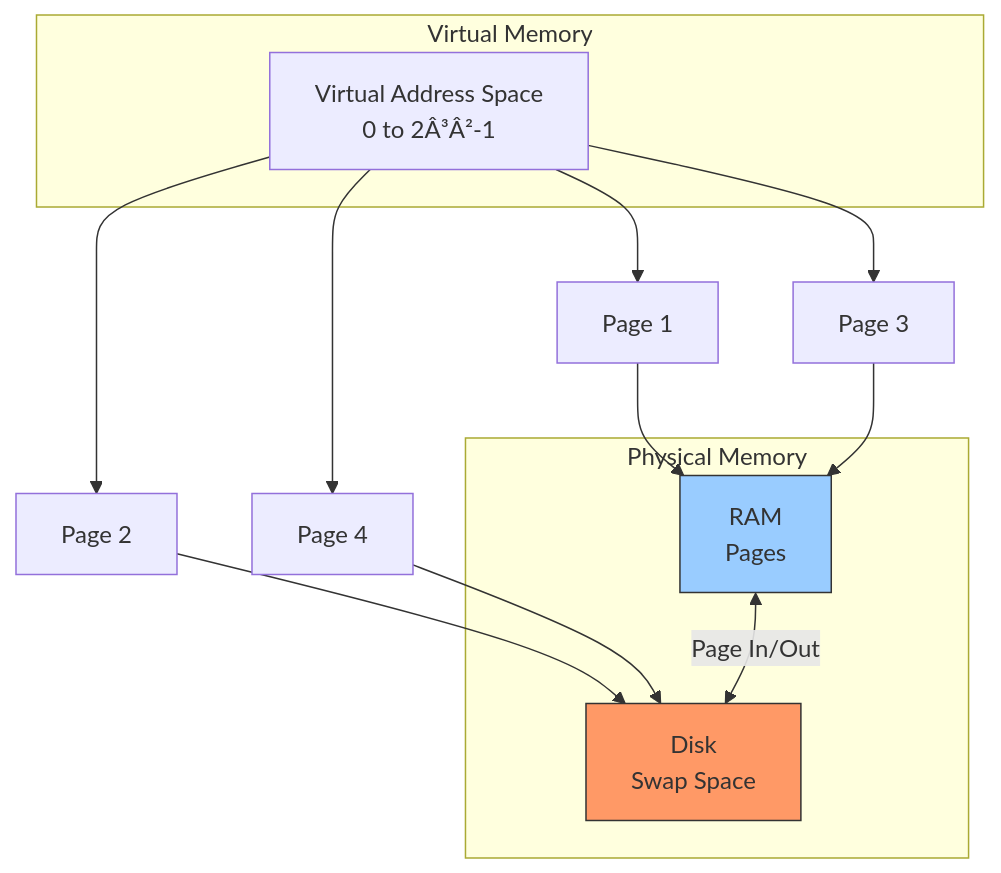
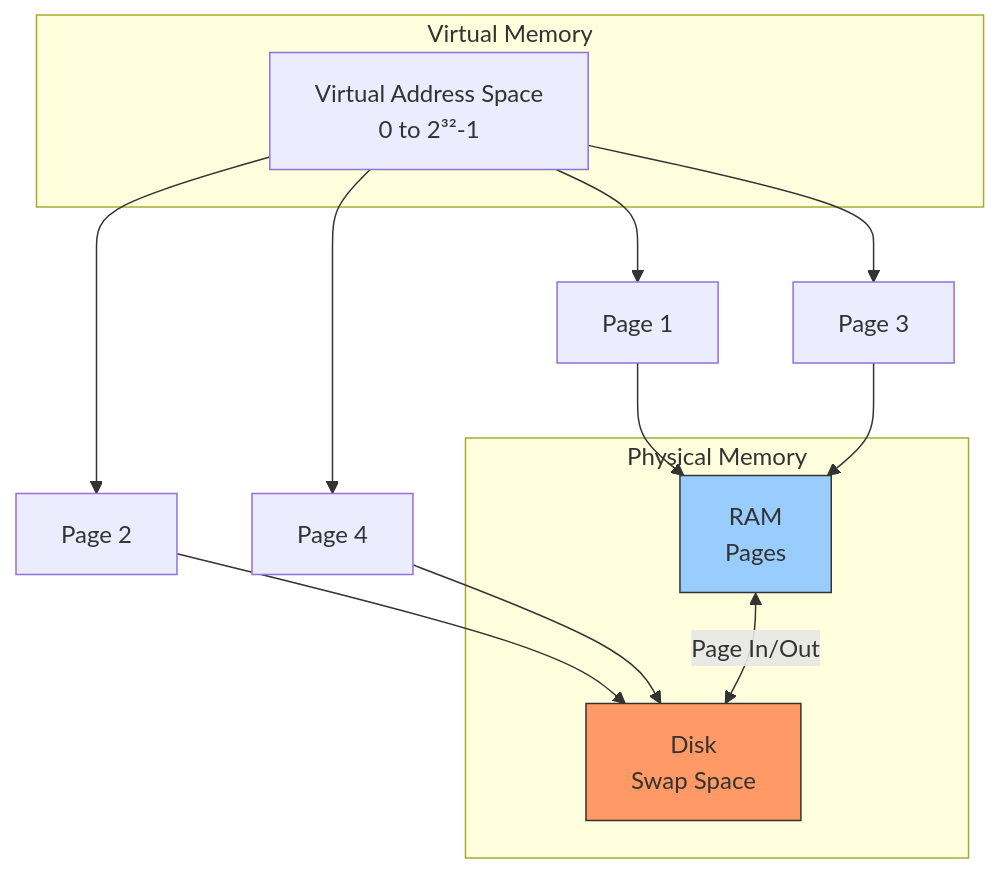
The first of 4 diagrams in docs/courses/government-pyqs/09-nic-scientist-2022.md (Raushan666java/ai-engineering-journey), drawn with Mermaid before and after one commit. The commit also changed other lines of this file and 965 other files, not shown here.

````diff
--- a/docs/courses/government-pyqs/09-nic-scientist-2022.md
+++ b/docs/courses/government-pyqs/09-nic-scientist-2022.md
@@ -764,17 +764,17 @@
 ```mermaid
 flowchart TD
     subgraph "Virtual Memory"
-        VM[Virtual Address Space<br/>0 to 2Â³Â²-1]
+        VM[Virtual Address Space<br/>0 to 2³²-1]
     end
     subgraph "Physical Memory"
         RAM[RAM<br/>Pages]
         DISK[Disk<br/>Swap Space]
     end
     VM --> P1[Page 1] --> RAM
     VM --> P2[Page 2] --> DISK
     VM --> P3[Page 3] --> RAM
     VM --> P4[Page 4] --> DISK
     RAM <-->|Page In/Out| DISK
     style DISK fill:#f96,stroke:#333
     style RAM fill:#9cf,stroke:#333
 ```
````
